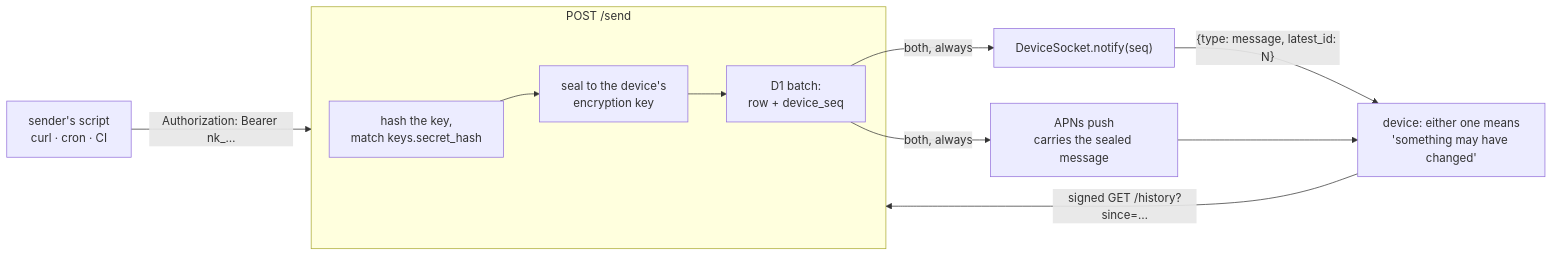
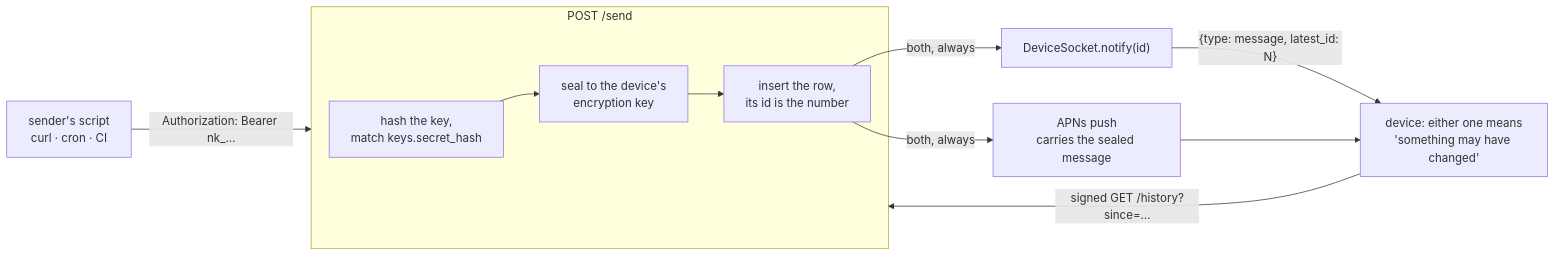
One commit to notifi-it/notifi changed the second of 3 diagrams in docs/delivery.md. Above: the diagram before and after it, drawn with Mermaid. The commit also changed other lines of this file and 31 other files, not shown here.

````diff
--- a/docs/delivery.md
+++ b/docs/delivery.md
@@ -189,13 +201,13 @@
 ```mermaid
 flowchart LR
   S[sender's script<br/>curl · cron · CI] -- "Authorization: Bearer nk_…" --> P
   subgraph P [POST /send]
-    P1[hash the key,<br/>match keys.secret_hash] --> P2[seal to the device's<br/>encryption key] --> P3[D1 batch:<br/>row + device_seq]
+    P1[hash the key,<br/>match keys.secret_hash] --> P2[seal to the device's<br/>encryption key] --> P3[insert the row,<br/>its id is the number]
   end
   P3 -- both, always --> APNS[APNs push<br/>carries the sealed message]
-  P3 -- both, always --> DO["DeviceSocket.notify(seq)"]
+  P3 -- both, always --> DO["DeviceSocket.notify(id)"]
   DO -- "{type: message, latest_id: N}" --> D
   APNS --> D
   D[device: either one means<br/>'something may have changed']
   D -- "signed GET /history?since=…" --> P
 ```
````
